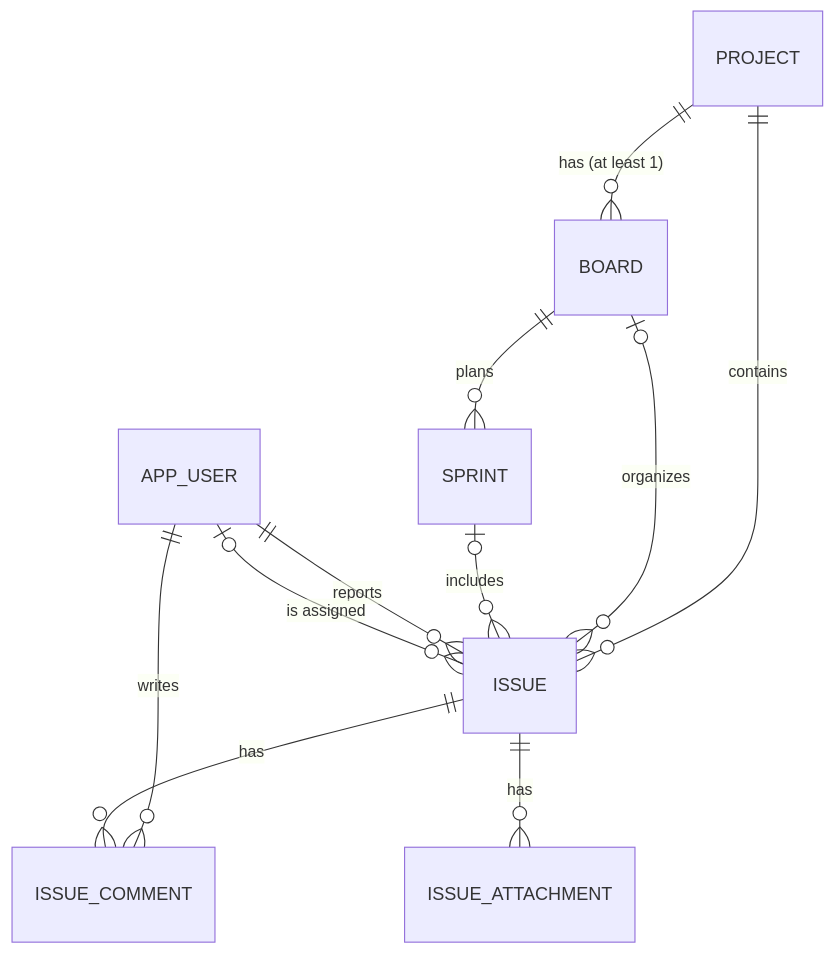
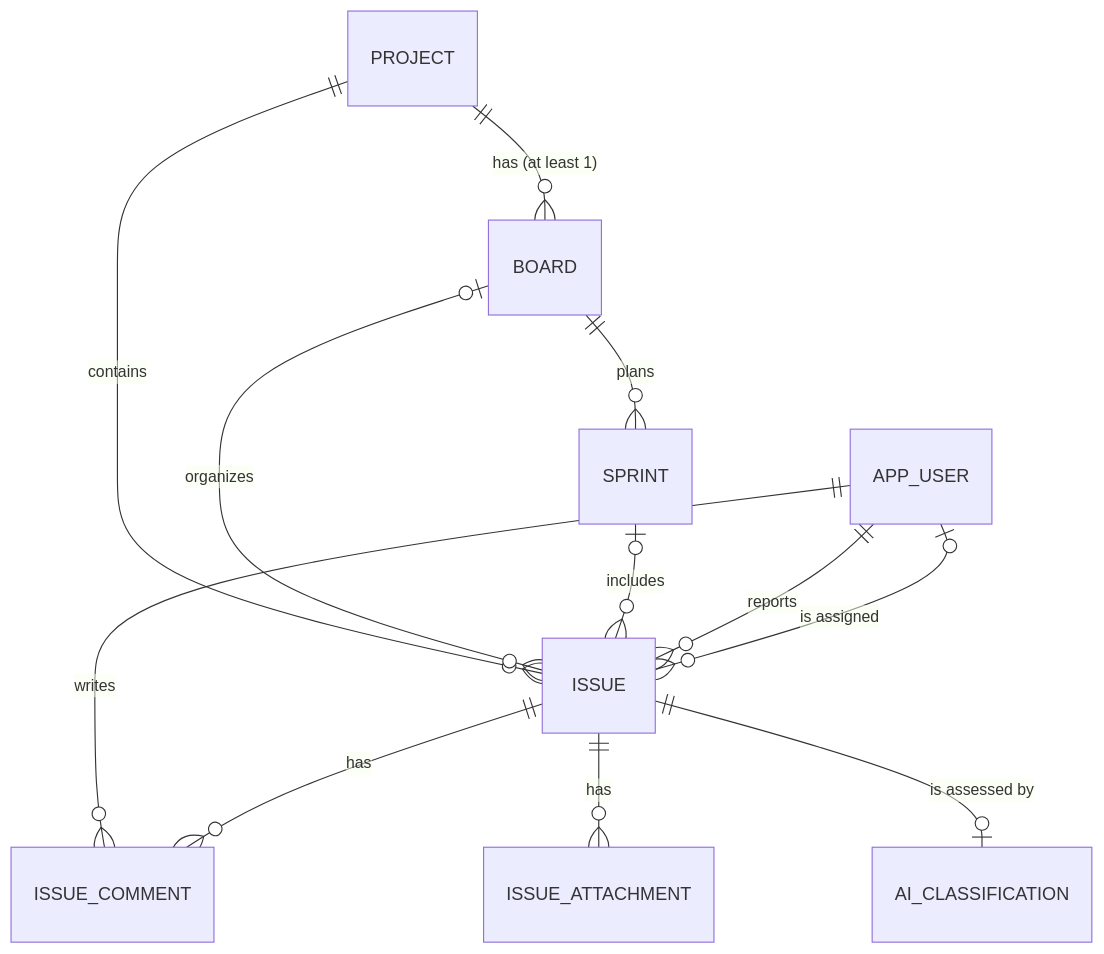
One commit to Abdelmoniem-Ouadoudi/workflow-api changed the diagram in docs/DATA-MODEL.md. Above: the diagram before and after it, drawn with Mermaid. The commit also changed other lines of this file and 61 other files, not shown here.

````diff
--- a/docs/DATA-MODEL.md
+++ b/docs/DATA-MODEL.md
@@ -21,13 +21,14 @@
 ```mermaid
 erDiagram
     PROJECT   ||--o{ BOARD            : "has (at least 1)"
     PROJECT   ||--o{ ISSUE            : "contains"
     BOARD     ||--o{ SPRINT           : "plans"
     BOARD     |o--o{ ISSUE            : "organizes"
     SPRINT    |o--o{ ISSUE            : "includes"
     APP_USER  ||--o{ ISSUE            : "reports"
     APP_USER  |o--o{ ISSUE            : "is assigned"
     APP_USER  ||--o{ ISSUE_COMMENT    : "writes"
     ISSUE     ||--o{ ISSUE_COMMENT    : "has"
     ISSUE     ||--o{ ISSUE_ATTACHMENT : "has"
+    ISSUE     ||--o| AI_CLASSIFICATION : "is assessed by"
 ```
````
